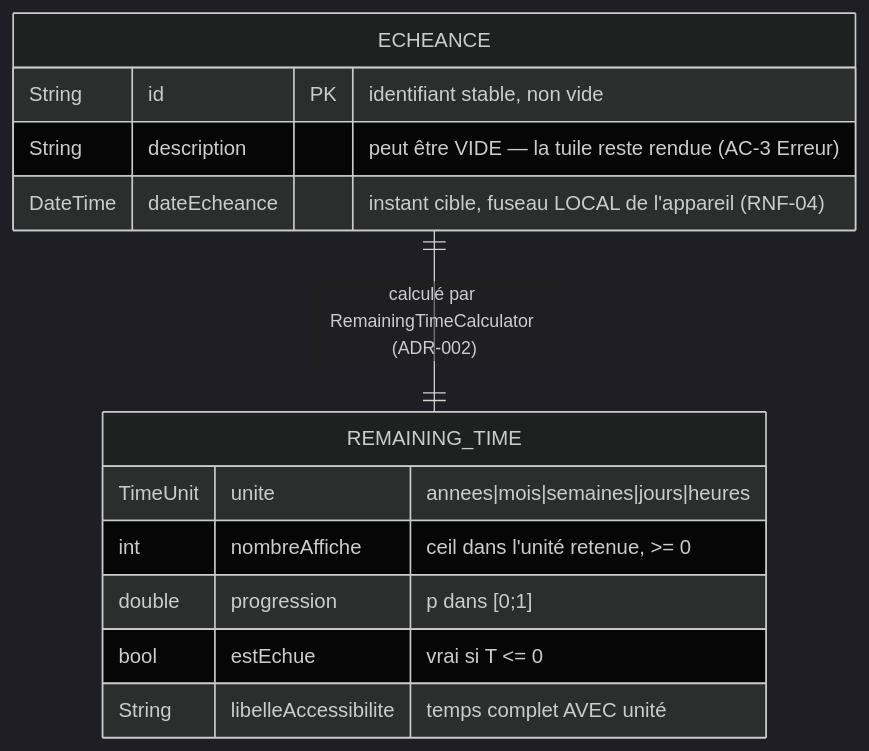
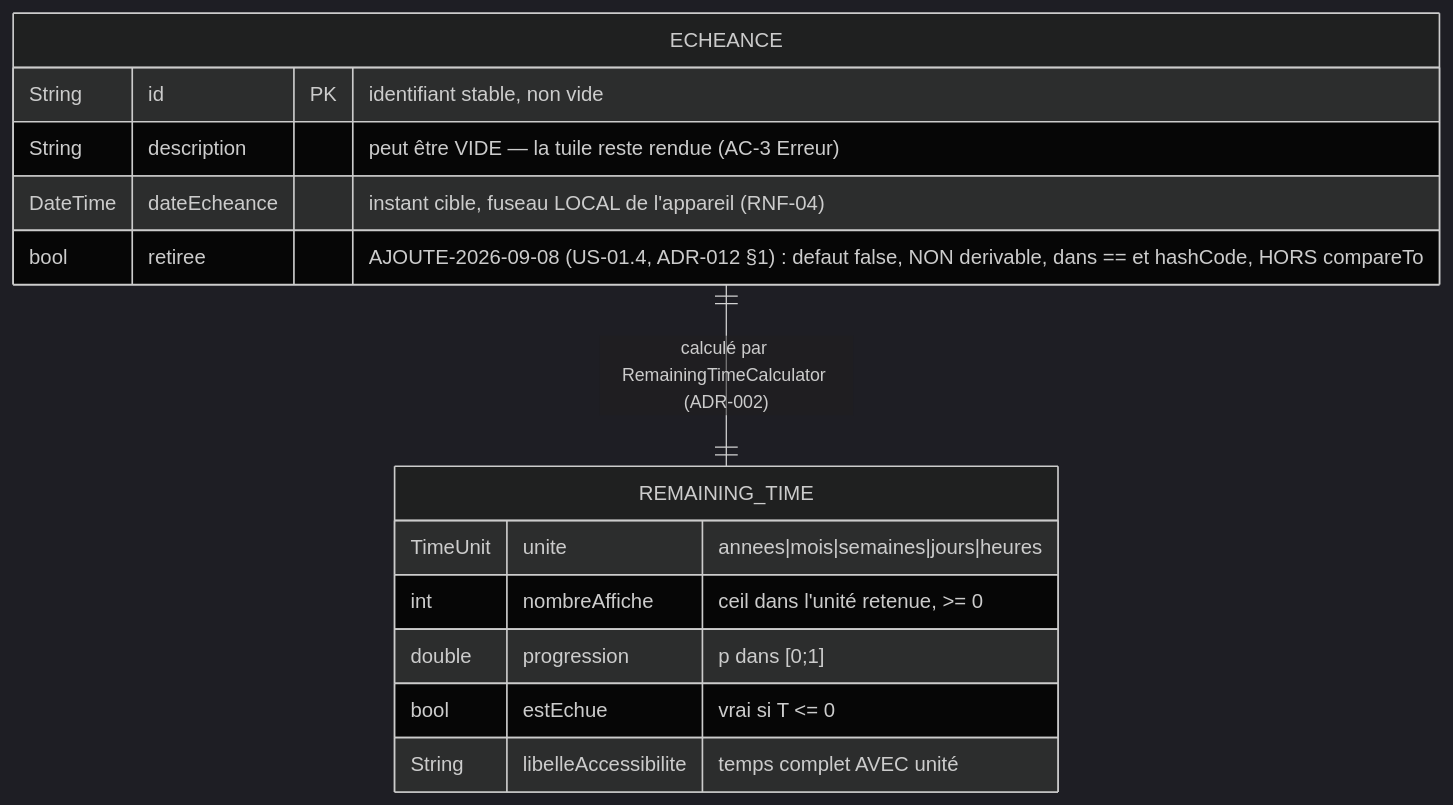
One commit to gitgdx/Concentration changed the diagram in docs/architecture/MODELE_ECHEANCE.md. Above: the diagram before and after it, drawn with Mermaid (dark theme). The commit also changed other lines of this file and 8 other files, not shown here.

````diff
--- a/docs/architecture/MODELE_ECHEANCE.md
+++ b/docs/architecture/MODELE_ECHEANCE.md
@@ -26,16 +41,17 @@
 ```mermaid
 erDiagram
     ECHEANCE {
         String id PK "identifiant stable, non vide"
         String description "peut être VIDE — la tuile reste rendue (AC-3 Erreur)"
         DateTime dateEcheance "instant cible, fuseau LOCAL de l'appareil (RNF-04)"
+        bool retiree "AJOUTE-2026-09-08 (US-01.4, ADR-012 §1) : defaut false, NON derivable, dans == et hashCode, HORS compareTo"
     }
     REMAINING_TIME {
         TimeUnit unite "annees|mois|semaines|jours|heures"
         int nombreAffiche "ceil dans l'unité retenue, >= 0"
         double progression "p dans [0;1]"
         bool estEchue "vrai si T <= 0"
         String libelleAccessibilite "temps complet AVEC unité"
     }
     ECHEANCE ||--|| REMAINING_TIME : "calculé par RemainingTimeCalculator (ADR-002)"
 ```
````
